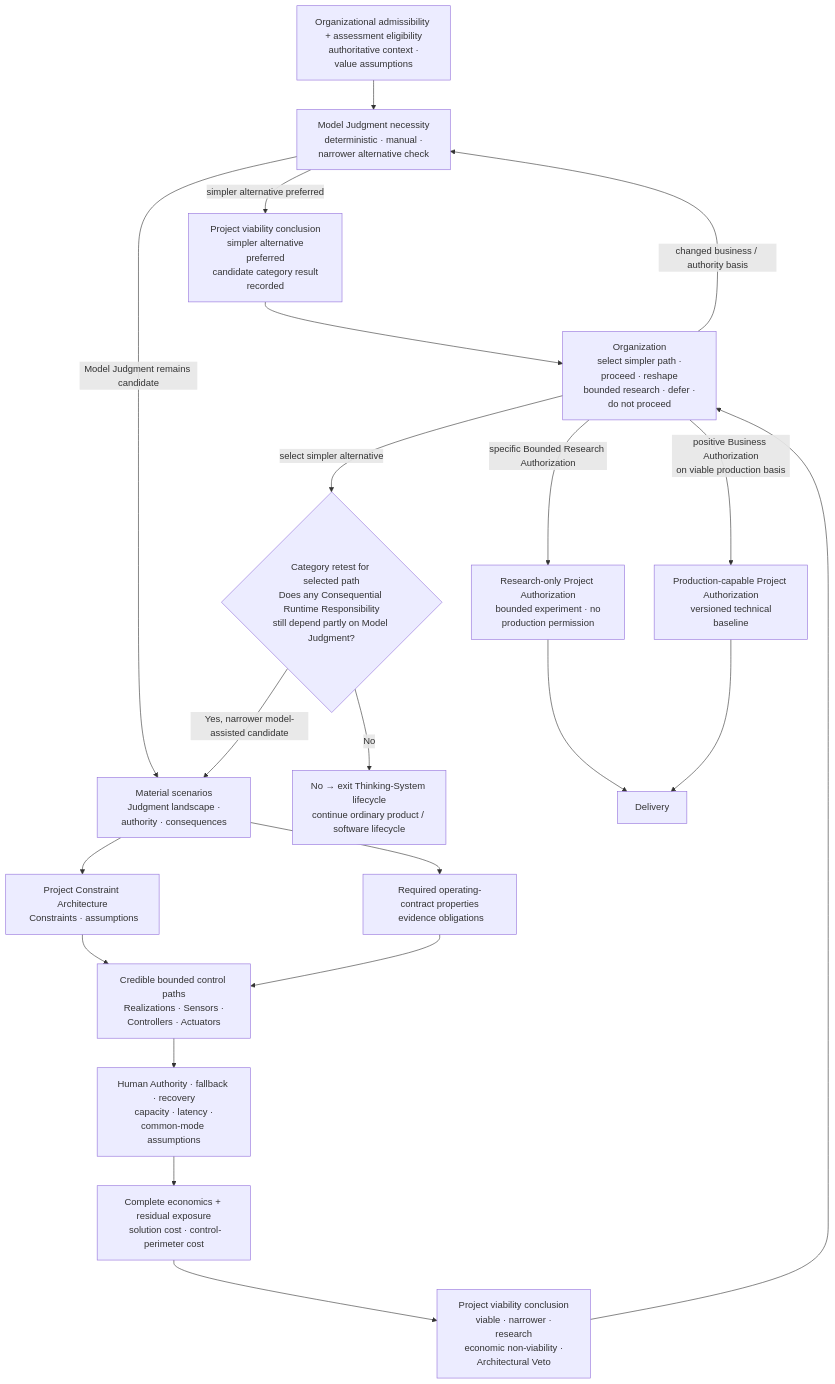
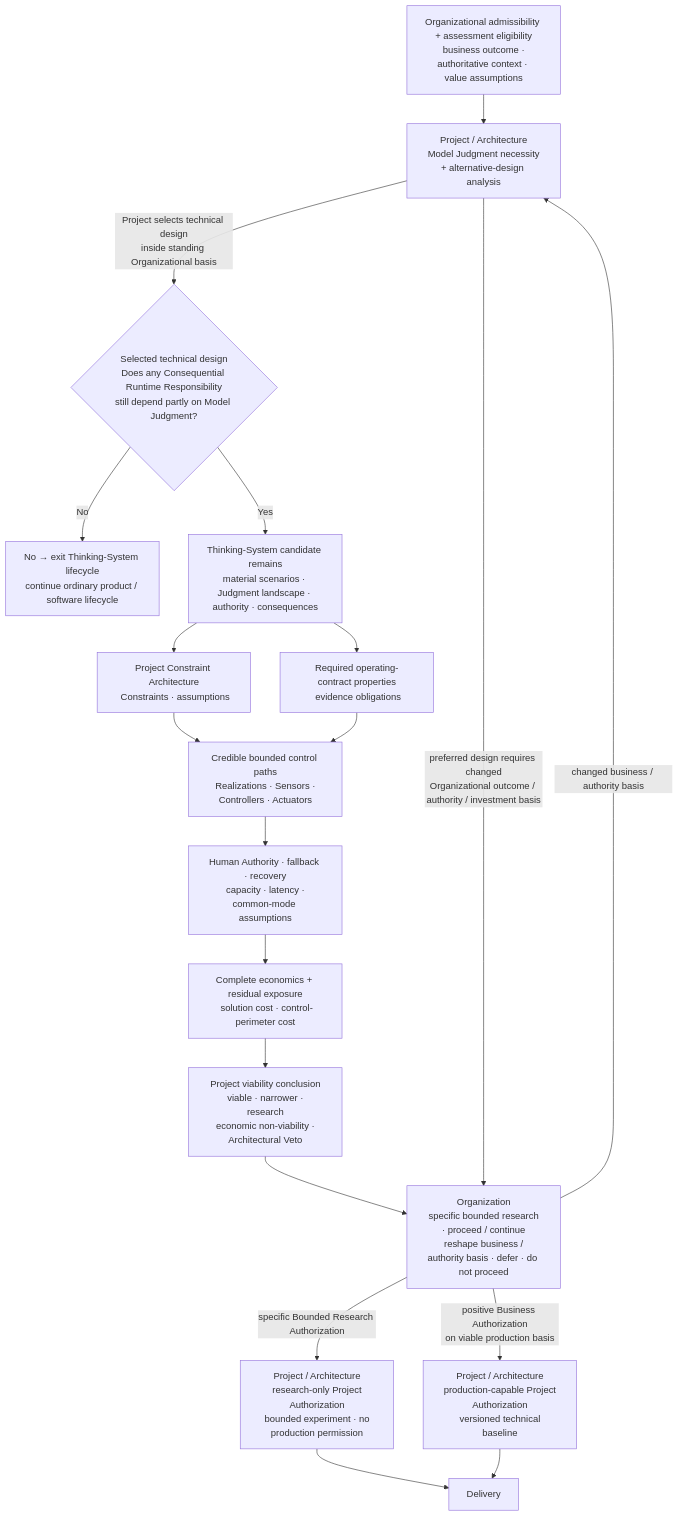
One commit to UncertaintyArchitectureGroup/uncertainty-architecture changed diagram 11 of 15 in content/research/notes/open-engineering-specification-article-draft.md. Above: the diagram before and after it, drawn with Mermaid. The commit also changed other lines of this file, not shown here.

````diff
--- a/content/research/notes/open-engineering-specification-article-draft.md
+++ b/content/research/notes/open-engineering-specification-article-draft.md
@@ -699,32 +699,30 @@
 ```mermaid
 flowchart TB
-    ORG["Organizational admissibility + assessment eligibility<br/> authoritative context · value assumptions"]
-    NEED["Model Judgment necessity<br/> deterministic · manual · narrower alternative check"]
-    SIMP["Project viability conclusion<br/> simpler alternative preferred<br/> candidate category result recorded"]
-    RISK["Material scenarios<br/> Judgment landscape · authority · consequences"]
+    ORG["Organizational admissibility + assessment eligibility<br/> business outcome · authoritative context · value assumptions"]
+    NEED["Project / Architecture<br/> Model Judgment necessity + alternative-design analysis"]
+    CAT{"Selected technical design<br/>Does any Consequential Runtime Responsibility<br/>still depend partly on Model Judgment?"}
+    EXIT["No → exit Thinking-System lifecycle<br/>continue ordinary product / software lifecycle"]
+    RISK["Thinking-System candidate remains<br/>material scenarios · Judgment landscape · authority · consequences"]
     K["Project Constraint Architecture<br/> Constraints · assumptions"]
     PROP["Required operating-contract properties<br/> evidence obligations"]
     PATH["Credible bounded control paths<br/> Realizations · Sensors · Controllers · Actuators"]
     HUMAN["Human Authority · fallback · recovery<br/> capacity · latency · common-mode assumptions"]
     ECON["Complete economics + residual exposure<br/> solution cost · control-perimeter cost"]
     V["Project viability conclusion<br/> viable · narrower · research<br/> economic non-viability · Architectural Veto"]
-    OD["Organization<br/> select simpler path · proceed · reshape<br/> bounded research · defer · do not proceed"]
-    CAT{"Category retest for selected path<br/>Does any Consequential Runtime Responsibility<br/>still depend partly on Model Judgment?"}
-    EXIT["No → exit Thinking-System lifecycle<br/>continue ordinary product / software lifecycle"]
-    PRA["Research-only Project Authorization<br/> bounded experiment · no production permission"]
-    PPA["Production-capable Project Authorization<br/> versioned technical baseline"]
+    OD["Organization<br/> specific bounded research · proceed / continue<br/> reshape business / authority basis · defer · do not proceed"]
+    PRA["Project / Architecture<br/> research-only Project Authorization<br/> bounded experiment · no production permission"]
+    PPA["Project / Architecture<br/> production-capable Project Authorization<br/> versioned technical baseline"]
     D["Delivery"]
 
     ORG --> NEED
-    NEED -->|simpler alternative preferred| SIMP --> OD
-    NEED -->|Model Judgment remains candidate| RISK
+    NEED -->|Project selects technical design<br/>inside standing Organizational basis| CAT
+    CAT -->|No| EXIT
+    CAT -->|Yes| RISK
+    NEED -->|preferred design requires changed<br/>Organizational outcome / authority / investment basis| OD
     RISK --> K --> PATH
     RISK --> PROP --> PATH
     PATH --> HUMAN --> ECON --> V --> OD
-    OD -->|select simpler alternative| CAT
-    CAT -->|No| EXIT
-    CAT -->|Yes, narrower model-assisted candidate| RISK
     OD -->|changed business / authority basis| NEED
     OD -->|specific Bounded Research Authorization| PRA --> D
     OD -->|positive Business Authorization<br/>on viable production basis| PPA --> D
 ```
````
